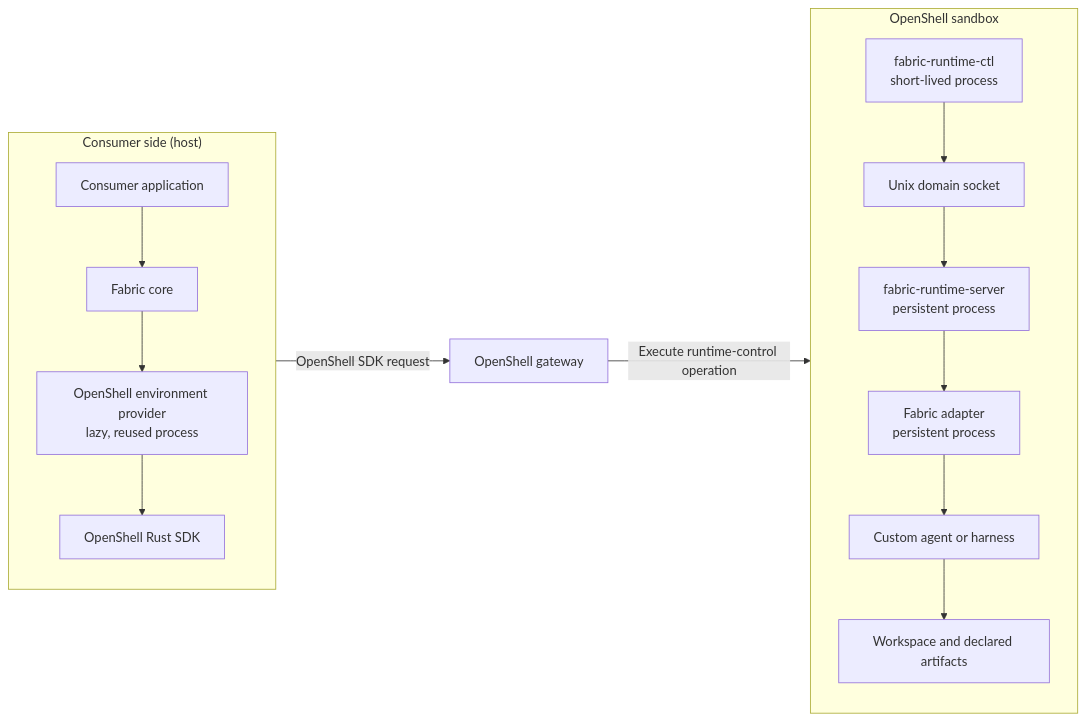
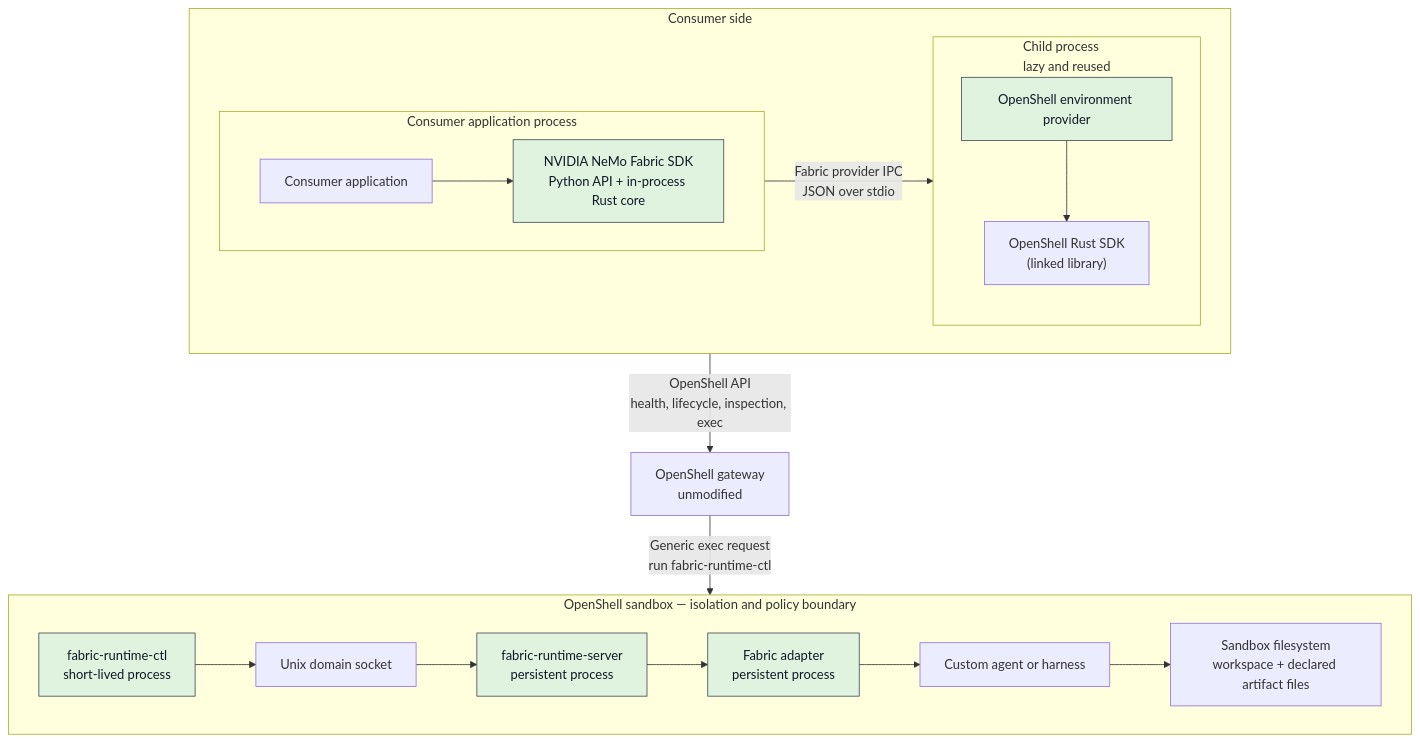
Before and after one commit to AnuradhaKaruppiah/NeMo-Fabric: the first of 2 diagrams in environment-providers/openshell/README.md, drawn with Mermaid. The commit also changed other lines of this file, not shown here.

Commit message:
docs: clarify OpenShell provider architecture

````diff
--- a/environment-providers/openshell/README.md
+++ b/environment-providers/openshell/README.md
@@ -29,35 +31,45 @@
 ```mermaid
-flowchart LR
-    subgraph HOST["Consumer side (host)"]
-        direction TB
-        C["Consumer application"]
-        F["Fabric core"]
-        P["OpenShell environment provider<br/>lazy, reused process"]
-        SDK["OpenShell Rust SDK"]
+flowchart TB
+    subgraph HOST["Consumer side"]
+        direction LR
+        subgraph APP["Consumer application process"]
+            direction LR
+            C["Consumer application"]
+            F["NVIDIA NeMo Fabric SDK<br/>Python API + in-process Rust core"]
+            C --> F
+        end
 
-        C --> F
-        F --> P
-        P --> SDK
+        subgraph CHILD["Child process<br/>lazy and reused"]
+            direction TB
+            P["OpenShell environment provider"]
+            OSSDK["OpenShell Rust SDK<br/>(linked library)"]
+            P --> OSSDK
+        end
+
+        F -->|"Fabric provider IPC<br/>JSON over stdio"| P
     end
 
-    O["OpenShell gateway"]
+    GATEWAY["OpenShell gateway<br/>unmodified"]
 
-    subgraph SANDBOX["OpenShell sandbox"]
-        direction TB
+    subgraph SANDBOX["OpenShell sandbox — isolation and policy boundary"]
+        direction LR
         CTL["fabric-runtime-ctl<br/>short-lived process"]
         SOCKET["Unix domain socket"]
         SERVER["fabric-runtime-server<br/>persistent process"]
         ADAPTER["Fabric adapter<br/>persistent process"]
         AGENT["Custom agent or harness"]
-        DATA["Workspace and declared artifacts"]
+        DATA["Sandbox filesystem<br/>workspace + declared artifact files"]
 
         CTL --> SOCKET
         SOCKET --> SERVER
         SERVER --> ADAPTER
         ADAPTER --> AGENT
         AGENT --> DATA
     end
 
-    HOST -->|"OpenShell SDK request"| O
-    O -->|"Execute runtime-control operation"| SANDBOX
+    OSSDK -->|"OpenShell API<br/>health, lifecycle, inspection, exec"| GATEWAY
+    GATEWAY -->|"Generic exec request<br/>run fabric-runtime-ctl"| CTL
+
+    classDef fabricComponent fill:#dff3df,stroke:#3f4a54,color:#111827
+    class F,P,CTL,SERVER,ADAPTER fabricComponent
 ```
````
